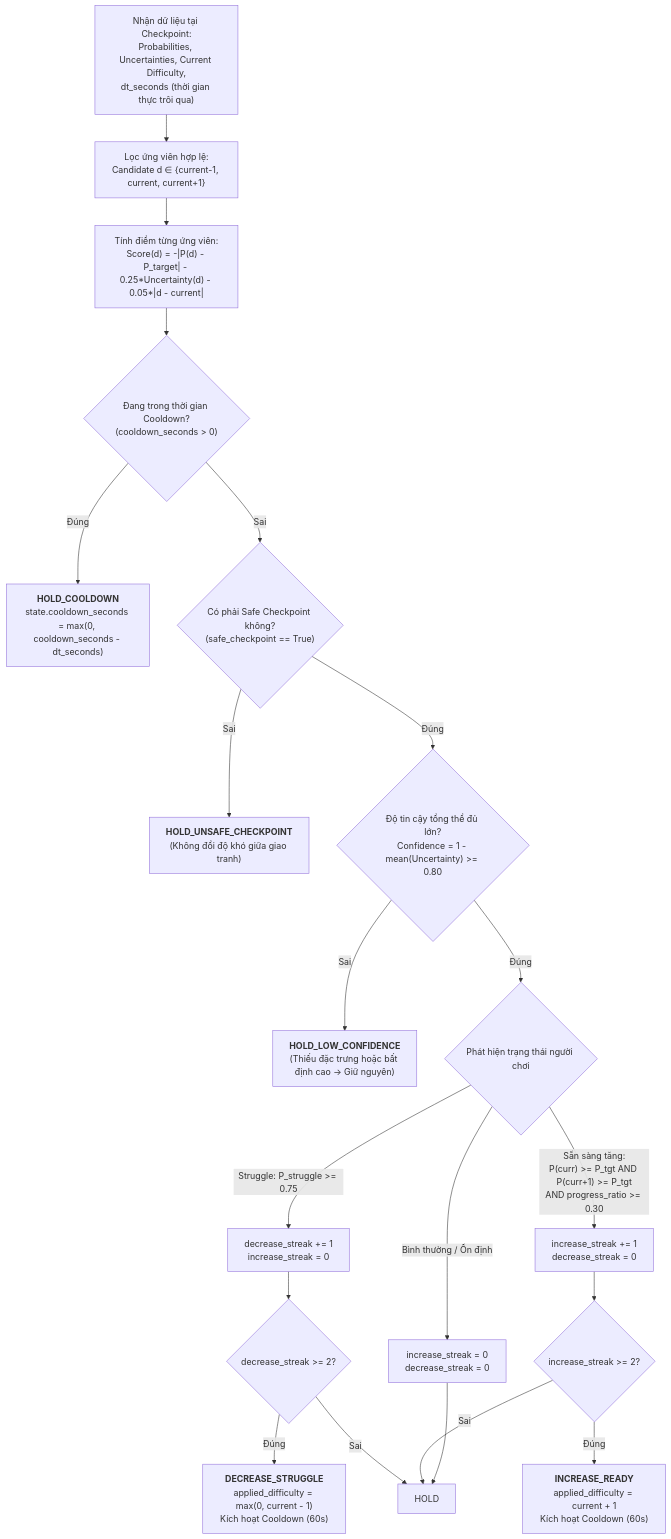
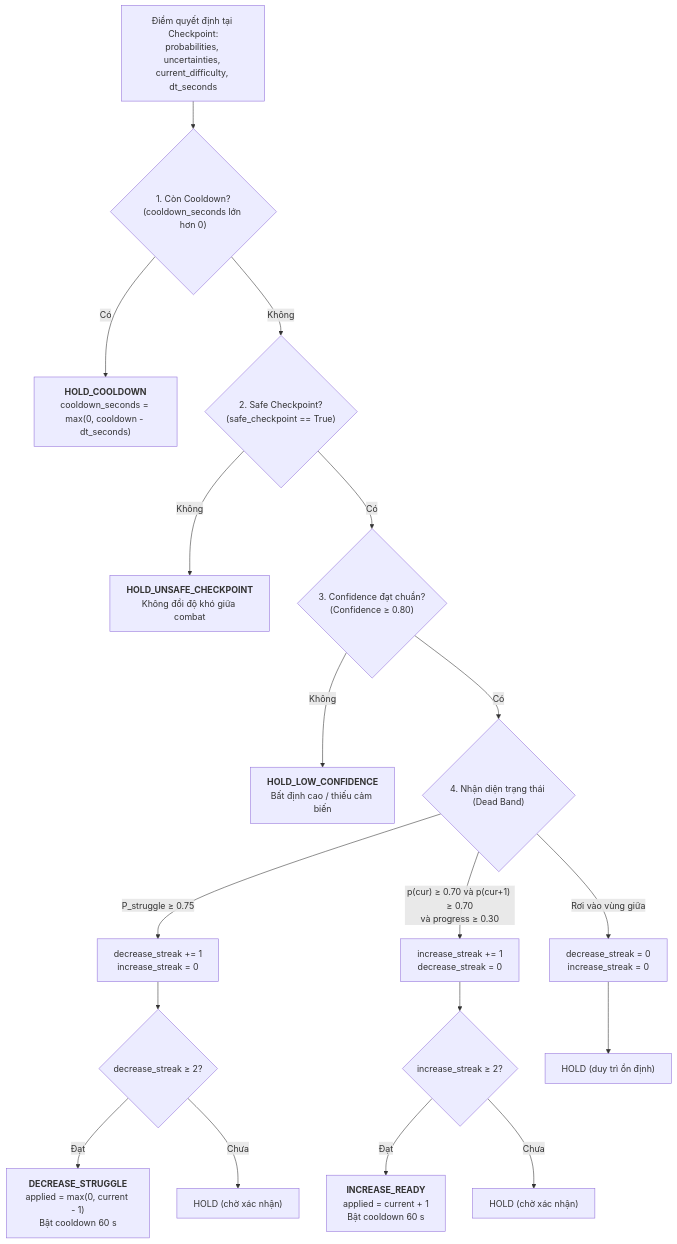
Before and after one commit to sonbm-itealvn/DDA-models: diagram 12 of 16 in SYSTEM_ARCHITECTURE_ANALYSIS.md, drawn with Mermaid. The commit also changed other lines of this file and 2 other files, not shown here.

````diff
--- a/SYSTEM_ARCHITECTURE_ANALYSIS.md
+++ b/SYSTEM_ARCHITECTURE_ANALYSIS.md
@@ -449,30 +766,27 @@
 ```mermaid
 flowchart TD
-    Start["Nhận dữ liệu tại Checkpoint:<br/>Probabilities, Uncertainties, Current Difficulty,<br/>dt_seconds (thời gian thực trôi qua)"] --> Cands["Lọc ứng viên hợp lệ:<br/>Candidate d ∈ {current-1, current, current+1}"]
+    Start["Điểm quyết định tại Checkpoint:<br/>probabilities, uncertainties, current_difficulty, dt_seconds"] --> Gate1{"1. Còn Cooldown?<br/>(cooldown_seconds lớn hơn 0)"}
     
-    Cands --> Score["Tính điểm từng ứng viên:<br/>Score(d) = -|P(d) - P_target| - 0.25*Uncertainty(d) - 0.05*|d - current|"]
+    Gate1 -->|"Có"| ActCD["<b>HOLD_COOLDOWN</b><br/>cooldown_seconds = max(0, cooldown - dt_seconds)"]
+    Gate1 -->|"Không"| Gate2{"2. Safe Checkpoint?<br/>(safe_checkpoint == True)"}
     
-    Score --> Gate1{"Đang trong thời gian Cooldown?<br/>(cooldown_seconds > 0)"}
-    Gate1 -- Đúng --> ActHold1["<b>HOLD_COOLDOWN</b><br/>state.cooldown_seconds = max(0, cooldown_seconds - dt_seconds)"]
+    Gate2 -->|"Không"| ActUnsafe["<b>HOLD_UNSAFE_CHECKPOINT</b><br/>Không đổi độ khó giữa combat"]
+    Gate2 -->|"Có"| Gate3{"3. Confidence đạt chuẩn?<br/>(Confidence ≥ 0.80)"}
     
-    Gate1 -- Sai --> Gate2{"Có phải Safe Checkpoint không?<br/>(safe_checkpoint == True)"}
-    Gate2 -- Sai --> ActHold2["<b>HOLD_UNSAFE_CHECKPOINT</b><br/>(Không đổi độ khó giữa giao tranh)"]
+    Gate3 -->|"Không"| ActLowConf["<b>HOLD_LOW_CONFIDENCE</b><br/>Bất định cao / thiếu cảm biến"]
+    Gate3 -->|"Có"| StateEval{"4. Nhận diện trạng thái (Dead Band)"}
     
-    Gate2 -- Đúng --> Gate3{"Độ tin cậy tổng thể đủ lớn?<br/>Confidence = 1 - mean(Uncertainty) >= 0.80"}
-    Gate3 -- Sai --> ActHold3["<b>HOLD_LOW_CONFIDENCE</b><br/>(Thiếu đặc trưng hoặc bất định cao -> Giữ nguyên)"]
+    StateEval -->|"P_struggle ≥ 0.75"| IncDecStr["decrease_streak += 1<br/>increase_streak = 0"]
+    StateEval -->|"p(cur) ≥ 0.70 và p(cur+1) ≥ 0.70<br/>và progress ≥ 0.30"| IncIncStr["increase_streak += 1<br/>decrease_streak = 0"]
+    StateEval -->|"Rơi vào vùng giữa"| ResetStr["decrease_streak = 0<br/>increase_streak = 0"]
     
-    Gate3 -- Đúng --> Evaluate{"Phát hiện trạng thái người chơi"}
+    IncDecStr --> CheckDec{"decrease_streak ≥ 2?"}
+    CheckDec -->|"Đạt"| ApplyDec["<b>DECREASE_STRUGGLE</b><br/>applied = max(0, current - 1)<br/>Bật cooldown 60 s"]
+    CheckDec -->|"Chưa"| ActHold1["HOLD (chờ xác nhận)"]
     
-    Evaluate -- "Struggle: P_struggle >= 0.75" --> DecStreak["decrease_streak += 1<br/>increase_streak = 0"]
-    Evaluate -- "Sẵn sàng tăng:<br/>P(curr) >= P_tgt AND P(curr+1) >= P_tgt<br/>AND progress_ratio >= 0.30" --> IncStreak["increase_streak += 1<br/>decrease_streak = 0"]
-    Evaluate -- "Bình thường / Ổn định" --> ResetStreak["increase_streak = 0<br/>decrease_streak = 0"]
+    IncIncStr --> CheckInc{"increase_streak ≥ 2?"}
+    CheckInc -->|"Đạt"| ApplyInc["<b>INCREASE_READY</b><br/>applied = current + 1<br/>Bật cooldown 60 s"]
+    CheckInc -->|"Chưa"| ActHold2["HOLD (chờ xác nhận)"]
     
-    DecStreak --> CheckDec{"decrease_streak >= 2?"}
-    CheckDec -- Đúng --> ApplyDec["<b>DECREASE_STRUGGLE</b><br/>applied_difficulty = max(0, current - 1)<br/>Kích hoạt Cooldown (60s)"]
-    CheckDec -- Sai --> ActHold4["HOLD"]
-    
-    IncStreak --> CheckInc{"increase_streak >= 2?"}
-    CheckInc -- Đúng --> ApplyInc["<b>INCREASE_READY</b><br/>applied_difficulty = current + 1<br/>Kích hoạt Cooldown (60s)"]
-    CheckInc -- Sai --> ActHold4
-    ResetStreak --> ActHold4
+    ResetStr --> ActHold3["HOLD (duy trì ổn định)"]
 ```
````
